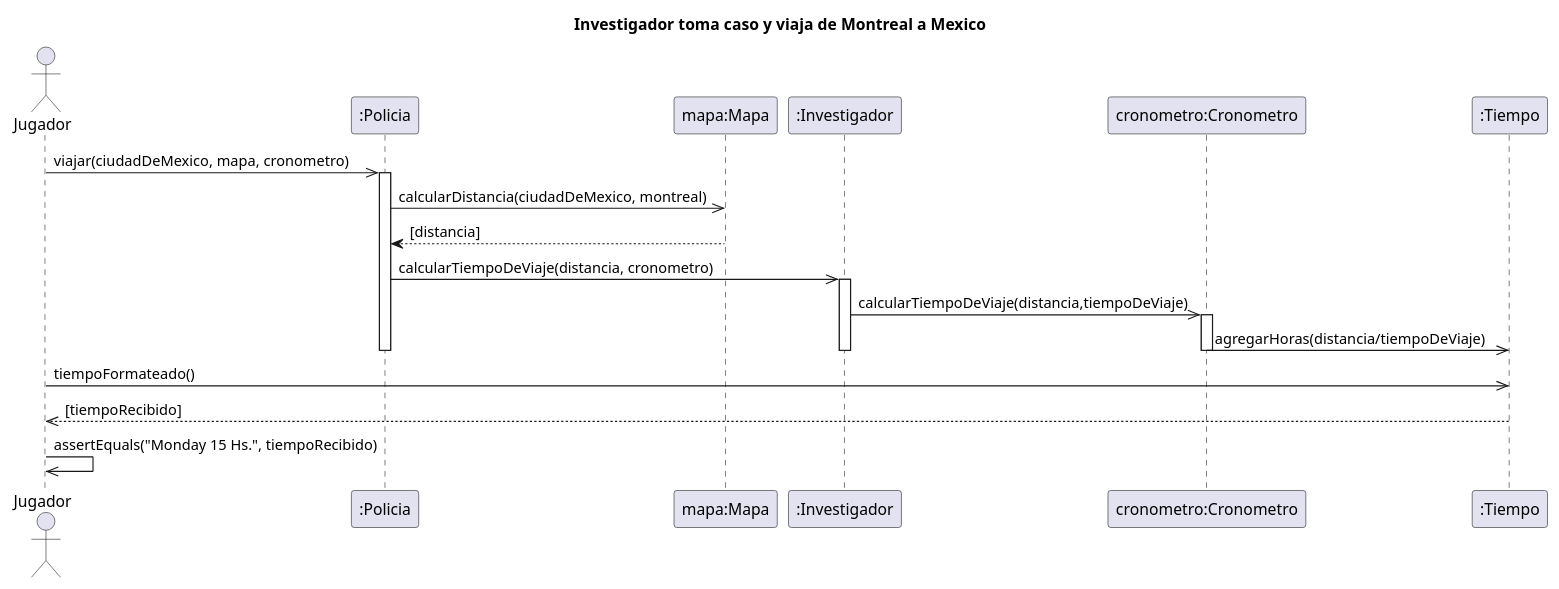
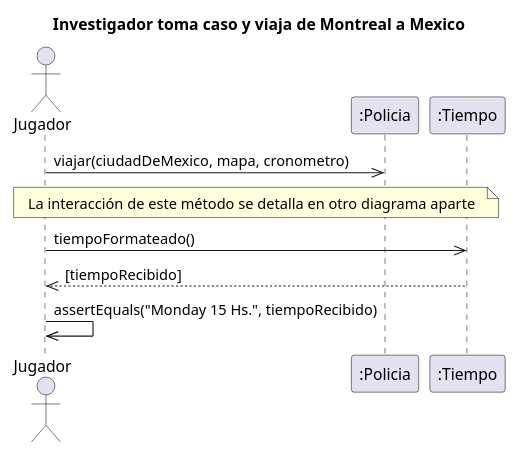
The diagram in diagrams/sequences/entrega2/DS_InvestigadorTomaCasoYViajaDeMontrealAMexico.puml (kmu01/Algo3_tp2), drawn with PlantUML before and after one commit. The commit also changed 12 other files, not shown here.

```diff
--- a/diagrams/sequences/entrega2/DS_InvestigadorTomaCasoYViajaDeMontrealAMexico.puml
+++ b/diagrams/sequences/entrega2/DS_InvestigadorTomaCasoYViajaDeMontrealAMexico.puml
@@ -1,26 +1,15 @@
 @startuml
 title Investigador toma caso y viaja de Montreal a Mexico
 
 actor "Jugador" as AlgoThief
 participant ":Policia" as Policia
-participant "mapa:Mapa" as Mapa
-participant ":Investigador" as Grado
-participant "cronometro:Cronometro" as Cronometro
 participant ":Tiempo" as Tiempo
 AlgoThief ->> Policia : viajar(ciudadDeMexico, mapa, cronometro)
-activate Policia
-    Policia ->> Mapa : calcularDistancia(ciudadDeMexico, montreal)
-    Mapa --> Policia : [distancia]
-    Policia ->> Grado : calcularTiempoDeViaje(distancia, cronometro)
-    activate Grado
-        Grado ->> Cronometro : calcularTiempoDeViaje(distancia,tiempoDeViaje)
-        activate Cronometro
-            Cronometro ->> Tiempo : agregarHoras(distancia/tiempoDeViaje)
-        deactivate Cronometro
-    deactivate Grado
-deactivate Policia
+note across : La interacción de este método se detalla en otro diagrama aparte
+
+
 AlgoThief ->> Tiempo : tiempoFormateado()
 return[tiempoRecibido]
 
 AlgoThief ->> AlgoThief : assertEquals("Monday 15 Hs.", tiempoRecibido)
 @enduml
```
